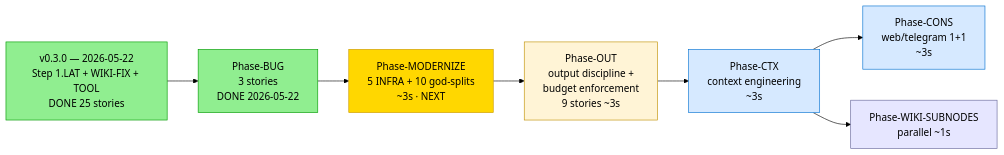
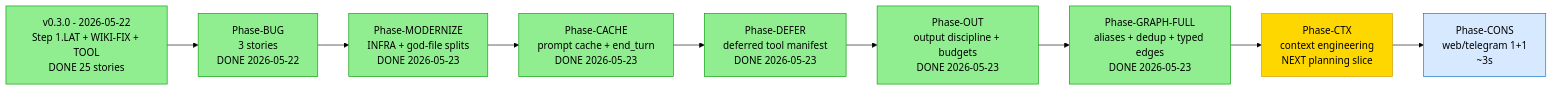
Before and after one commit to chetto1983/Aura: the second of 4 diagrams in README.md, drawn with Mermaid (forest theme). The commit also changed other lines of this file and 19 other files, not shown here.

````diff
--- a/README.md
+++ b/README.md
@@ -175,17 +174,21 @@
 ```mermaid
 flowchart LR
-  V03[v0.3.0 — 2026-05-22<br/>Step 1.LAT + WIKI-FIX + TOOL<br/>DONE 25 stories] --> BUG[Phase-BUG<br/>3 stories<br/>DONE 2026-05-22]
-  BUG --> MOD[Phase-MODERNIZE<br/>5 INFRA + 10 god-splits<br/>~3s · NEXT]
-  MOD --> OUT[Phase-OUT<br/>output discipline +<br/>budget enforcement<br/>9 stories ~3s]
-  OUT --> CTX[Phase-CTX<br/>context engineering<br/>~3s]
+  V03[v0.3.0 - 2026-05-22<br/>Step 1.LAT + WIKI-FIX + TOOL<br/>DONE 25 stories] --> BUG[Phase-BUG<br/>3 stories<br/>DONE 2026-05-22]
+  BUG --> MOD[Phase-MODERNIZE<br/>INFRA + god-file splits<br/>DONE 2026-05-23]
+  MOD --> CACHE[Phase-CACHE<br/>prompt cache + end_turn<br/>DONE 2026-05-23]
+  CACHE --> DEFER[Phase-DEFER<br/>deferred tool manifest<br/>DONE 2026-05-23]
+  DEFER --> OUT[Phase-OUT<br/>output discipline + budgets<br/>DONE 2026-05-23]
+  OUT --> GRAPH[Phase-GRAPH-FULL<br/>aliases + dedup + typed edges<br/>DONE 2026-05-23]
+  GRAPH --> CTX[Phase-CTX<br/>context engineering<br/>NEXT planning slice]
   CTX --> CONS[Phase-CONS<br/>web/telegram 1+1<br/>~3s]
-  CTX --> SUB[Phase-WIKI-SUBNODES<br/>parallel ~1s]
 
   style V03 fill:#90ee90,stroke:#009900
   style BUG fill:#90ee90,stroke:#009900
-  style MOD fill:#ffd700,stroke:#cc9900
-  style OUT fill:#fff4d6,stroke:#bf9000
-  style CTX fill:#d6e9ff,stroke:#0070d0
+  style MOD fill:#90ee90,stroke:#009900
+  style CACHE fill:#90ee90,stroke:#009900
+  style DEFER fill:#90ee90,stroke:#009900
+  style OUT fill:#90ee90,stroke:#009900
+  style GRAPH fill:#90ee90,stroke:#009900
+  style CTX fill:#ffd700,stroke:#cc9900
   style CONS fill:#d6e9ff,stroke:#0070d0
-  style SUB fill:#e6e6ff,stroke:#666699
 ```
````
